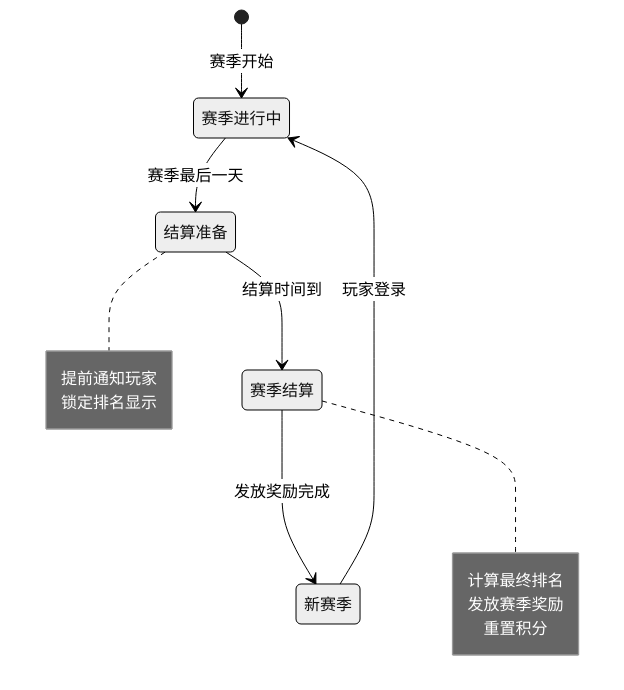
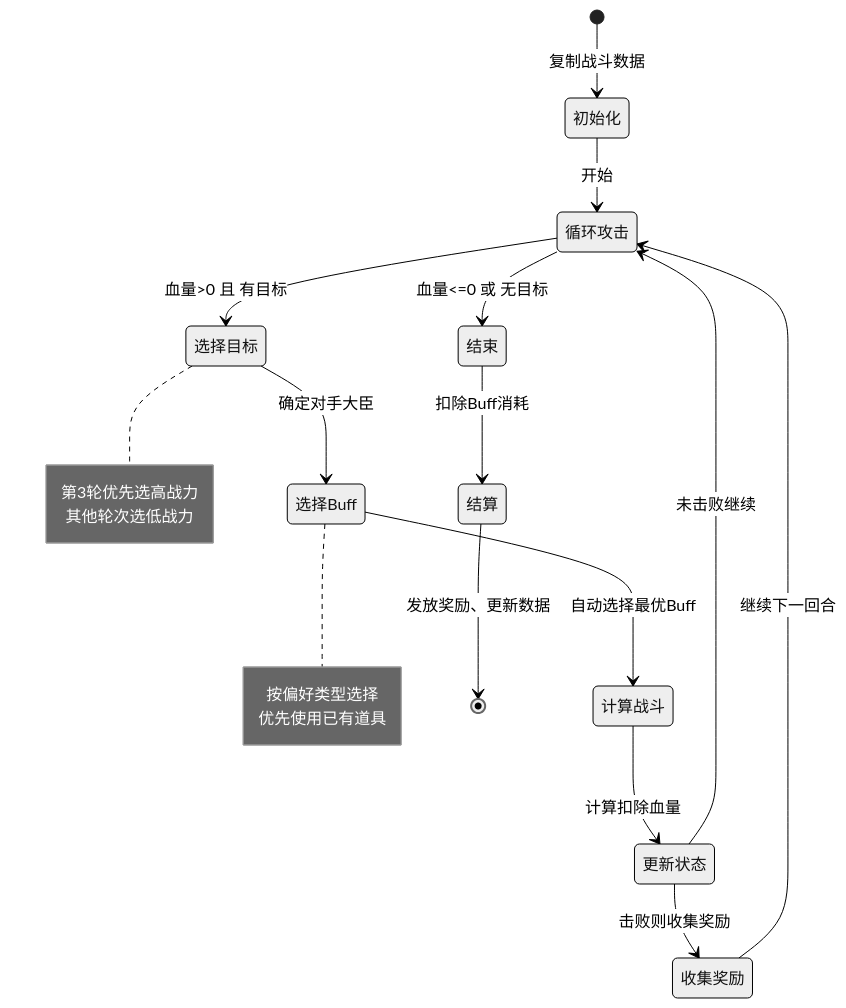
The second of 3 diagrams in docs/Module_Arena/06_实现细节.md (Alan-Ben/k2c_game_framework), drawn with Mermaid (neutral theme) before and after one commit. The commit also changed other lines of this file and 75 other files, not shown here.

````diff
--- a/docs/Module_Arena/06_实现细节.md
+++ b/docs/Module_Arena/06_实现细节.md
@@ -101,19 +152,31 @@
 ```mermaid
 stateDiagram-v2
-    [*] --> 赛季进行中: 赛季开始
-    赛季进行中 --> 结算准备: 赛季最后一天
-    结算准备 --> 赛季结算: 结算时间到
-    赛季结算 --> 新赛季: 发放奖励完成
-    新赛季 --> 赛季进行中: 玩家登录
+    [*] --> 初始化: 复制战斗数据
 
-    note right of 结算准备
-        提前通知玩家
-        锁定排名显示
+    初始化 --> 循环攻击: 开始
+
+    循环攻击 --> 选择目标: 血量>0 且 有目标
+    循环攻击 --> 结束: 血量<=0 或 无目标
+
+    选择目标 --> 选择Buff: 确定对手大臣
+    选择Buff --> 计算战斗: 自动选择最优Buff
+
+    计算战斗 --> 更新状态: 计算扣除血量
+    更新状态 --> 收集奖励: 击败则收集奖励
+    更新状态 --> 循环攻击: 未击败继续
+
+    收集奖励 --> 循环攻击: 继续下一回合
+
+    结束 --> 结算: 扣除Buff消耗
+    结算 --> [*]: 发放奖励、更新数据
+
+    note right of 选择目标
+        第3轮优先选高战力
+        其他轮次选低战力
     end note
 
-    note right of 赛季结算
-        计算最终排名
-        发放赛季奖励
-        重置积分
+    note right of 选择Buff
+        按偏好类型选择
+        优先使用已有道具
     end note
 ```
````
